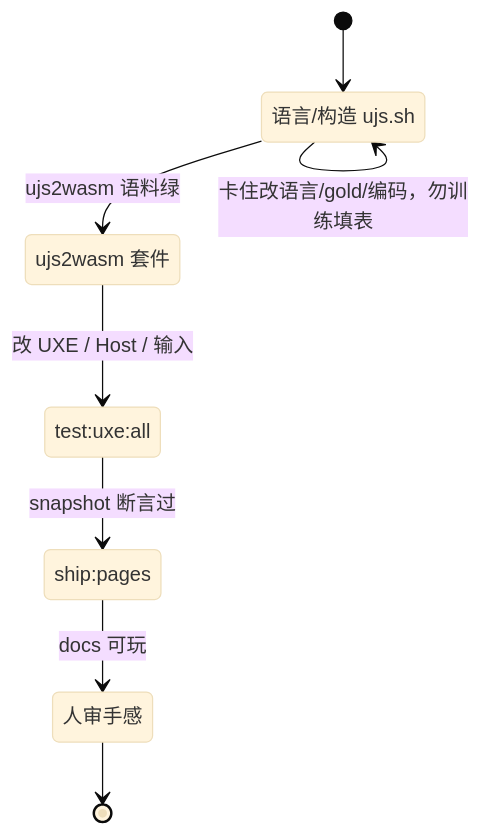
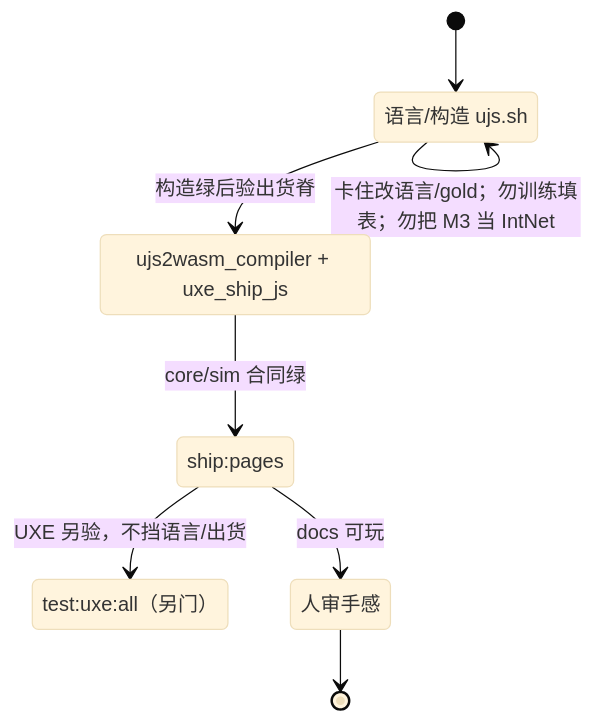
The fourth of 6 diagrams in ujs/prd.md (partnernetsoftware/unisacc), drawn with Mermaid (base theme) before and after one commit. The commit also changed other lines of this file and 20 other files, not shown here.

First line of the commit message:
Align Paper B and UJS docs on two spines and honest ship subsets.

````diff
--- a/ujs/prd.md
+++ b/ujs/prd.md
@@ -488,17 +495,17 @@
 ```mermaid
 stateDiagram-v2
     [*] --> Lang
     Lang: 语言/构造 ujs.sh
-    Wasm: ujs2wasm 套件
-    Uxe: test:uxe:all
+    Product: ujs2wasm_compiler + uxe_ship_js
+    Uxe: test:uxe:all（另门）
     Ship: ship:pages
     Feel: 人审手感
 
-    Lang --> Wasm: ujs2wasm 语料绿
-    Wasm --> Uxe: 改 UXE / Host / 输入
-    Uxe --> Ship: snapshot 断言过
+    Lang --> Product: 构造绿后验出货脊
+    Product --> Ship: core/sim 合同绿
     Ship --> Feel: docs 可玩
     Feel --> [*]
+    Ship --> Uxe: UXE 另验，不挡语言/出货
 
-    Lang --> Lang: 卡住改语言/gold/编码，勿训练填表
+    Lang --> Lang: 卡住改语言/gold；勿训练填表；勿把 M3 当 IntNet
 ```
````
